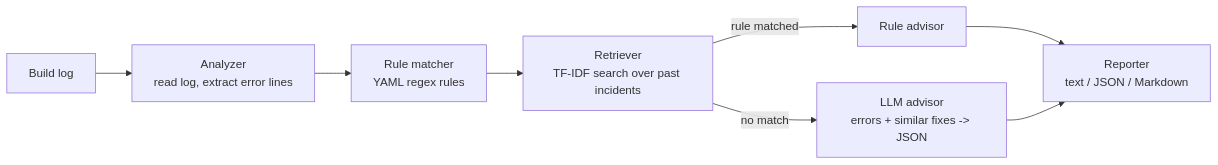
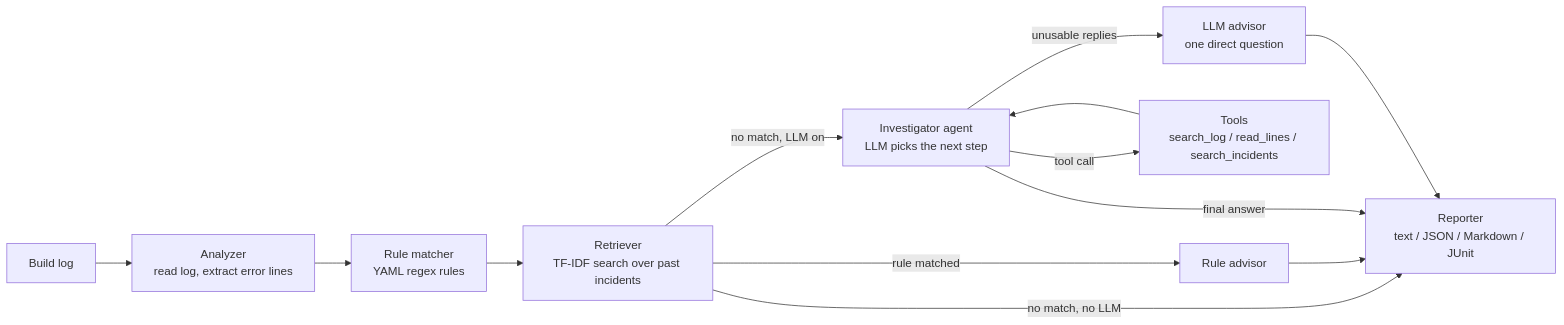
The diagram in README.md (praneshragavendar/pipeline-doctor), drawn with Mermaid before and after one commit. The commit also changed other lines of this file and 22 other files, not shown here.

Commit message:
v0.2.0: AI investigator agent on local LLM (Ollama) and self-healing retries

````diff
--- a/README.md
+++ b/README.md
@@ -47,10 +48,15 @@
 ```mermaid
 flowchart LR
     A[Build log] --> B[Analyzer<br/>read log, extract error lines]
     B --> C[Rule matcher<br/>YAML regex rules]
     C --> D[Retriever<br/>TF-IDF search over past incidents]
     D -->|rule matched| E[Rule advisor]
-    D -->|no match| F[LLM advisor<br/>errors + similar fixes -> JSON]
-    E --> G[Reporter<br/>text / JSON / Markdown]
-    F --> G
+    D -->|no match, LLM on| F[Investigator agent<br/>LLM picks the next step]
+    F -->|tool call| T[Tools<br/>search_log / read_lines / search_incidents]
+    T --> F
+    F -->|unusable replies| H[LLM advisor<br/>one direct question]
+    D -->|no match, no LLM| G
+    E --> G[Reporter<br/>text / JSON / Markdown / JUnit]
+    F -->|final answer| G
+    H --> G
 ```
````
